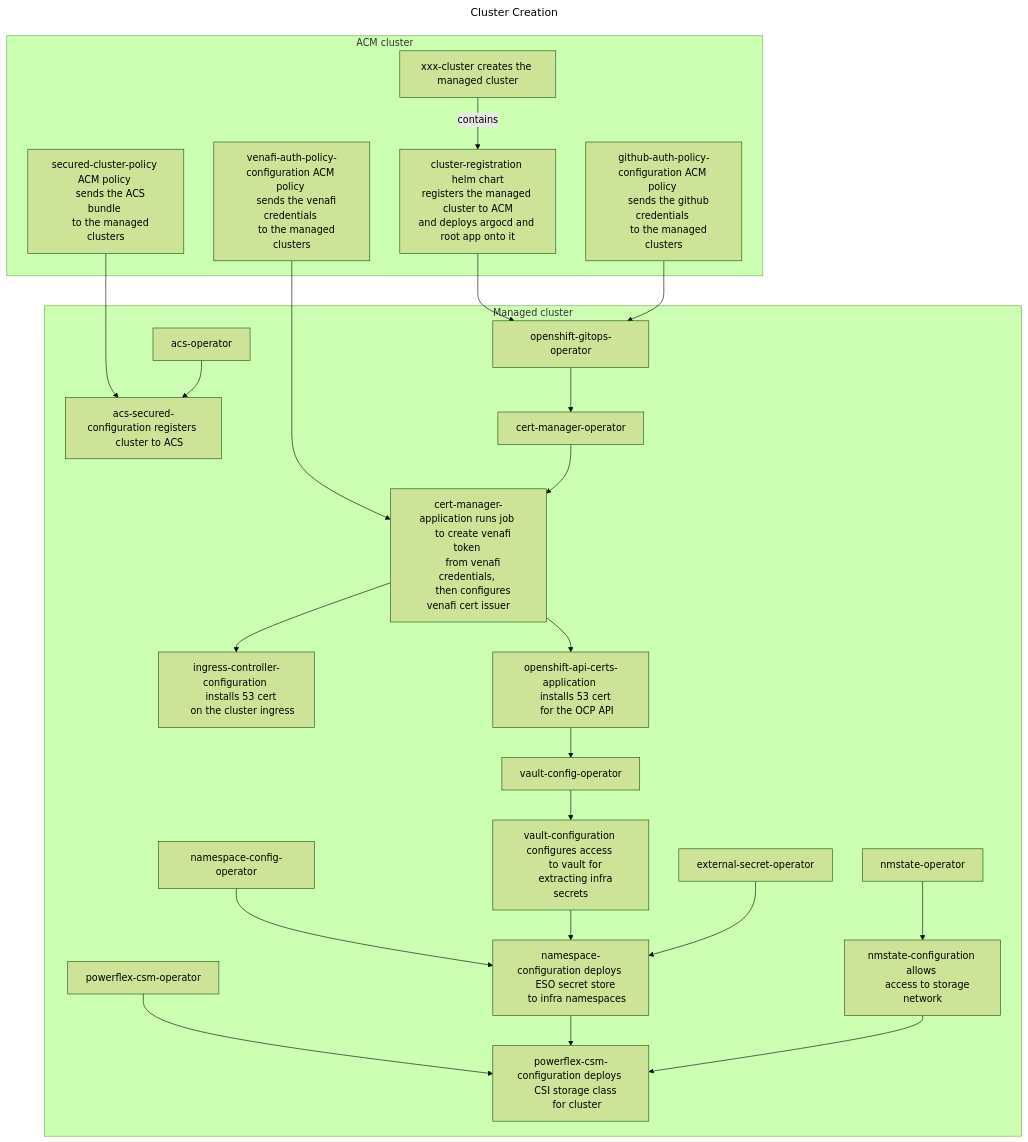
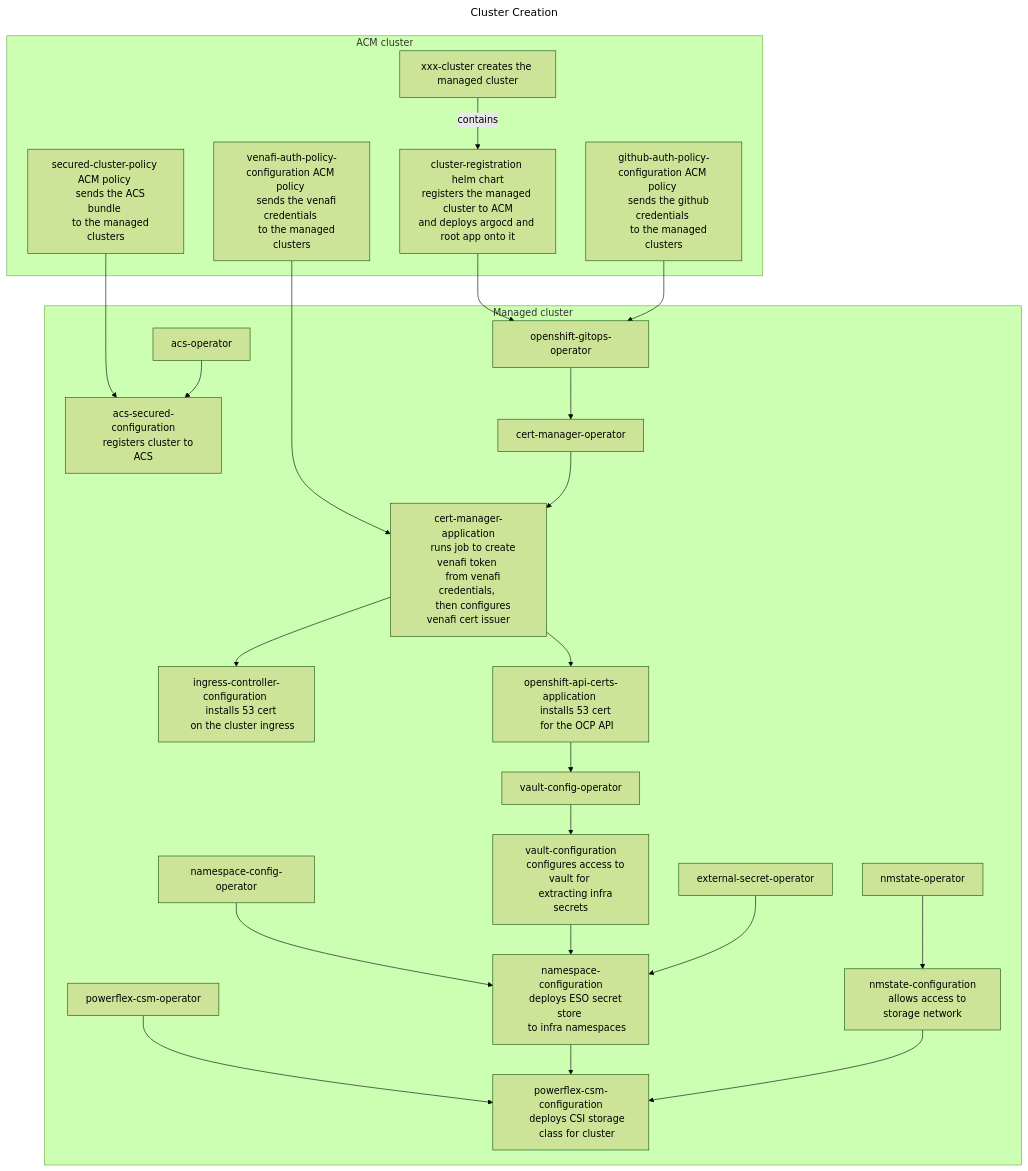
One commit to mmwillingham/acm changed the diagram in test-mermaid/test-mermaid.build.md. Above: the diagram before and after it, drawn with Mermaid (forest theme).

````diff
--- a/test-mermaid/test-mermaid.build.md
+++ b/test-mermaid/test-mermaid.build.md
@@ -2,65 +2,65 @@
 ```mermaid
 ---
 title: Cluster Creation
 ---
 flowchart TD
     venafi-auth-policy-configuration --> cert-manager-application
     cluster-registration --> openshift-gitops-operator
     github-auth-policy-configuration --> openshift-gitops-operator
     secured-cluster-policy --> acs-secured-configuration
 
   subgraph "ACM cluster"
     xxx-cluster["xxx-cluster creates the managed cluster"] -- contains --> cluster-registration["cluster-registration helm chart
 registers the managed cluster to ACM
 and deploys argocd and root app onto it"]
     venafi-auth-policy-configuration["venafi-auth-policy-configuration ACM policy 
     sends the venafi credentials 
     to the managed clusters"]
     github-auth-policy-configuration["github-auth-policy-configuration ACM policy 
     sends the github credentials 
     to the managed clusters"]
     secured-cluster-policy["secured-cluster-policy ACM policy 
     sends the ACS bundle 
     to the managed clusters"]
   end
 
   subgraph "Managed cluster"
     openshift-gitops-operator --> cert-manager-operator
-    cert-manager-operator --> cert-manager-application["cert-manager-application runs job 
-    to create venafi token 
+    cert-manager-operator --> cert-manager-application["cert-manager-application
+    runs job to create venafi token 
     from venafi credentials, 
     then configures venafi cert issuer"]
     cert-manager-application --> ingress-controller-configuration["ingress-controller-configuration 
     installs 53 cert 
     on the cluster ingress"]
     cert-manager-application --> openshift-api-certs-application["openshift-api-certs-application 
     installs 53 cert 
     for the OCP API"]
     openshift-api-certs-application --> vault-config-operator
-    vault-config-operator --> vault-configuration["vault-configuration configures access 
-    to vault for 
+    vault-config-operator --> vault-configuration["vault-configuration
+    configures access to vault for 
     extracting infra secrets"]
-    nmstate-operator --> nmstate-configuration["nmstate-configuration allows 
-    access to storage network"]
-    namespace-config-operator --> namespace-configuration["namespace-configuration deploys 
-    ESO secret store 
+    nmstate-operator --> nmstate-configuration["nmstate-configuration
+    allows access to storage network"]
+    namespace-config-operator --> namespace-configuration["namespace-configuration
+    deploys ESO secret store 
     to infra namespaces"]
     vault-configuration --> namespace-configuration
     external-secret-operator --> namespace-configuration
-    powerflex-csm-operator --> powerflex-csm-configuration["powerflex-csm-configuration deploys 
-    CSI storage class 
-    for cluster"]
+    powerflex-csm-operator --> powerflex-csm-configuration["powerflex-csm-configuration
+    deploys CSI storage
+    class for cluster"]
     namespace-configuration --> powerflex-csm-configuration
     nmstate-configuration --> powerflex-csm-configuration
-    acs-operator --> acs-secured-configuration["acs-secured-configuration registers 
-    cluster to ACS"] 
+    acs-operator --> acs-secured-configuration["acs-secured-configuration
+    registers cluster to ACS"] 
   end
 
 
 
 
 
 
 
 
 ```
````
